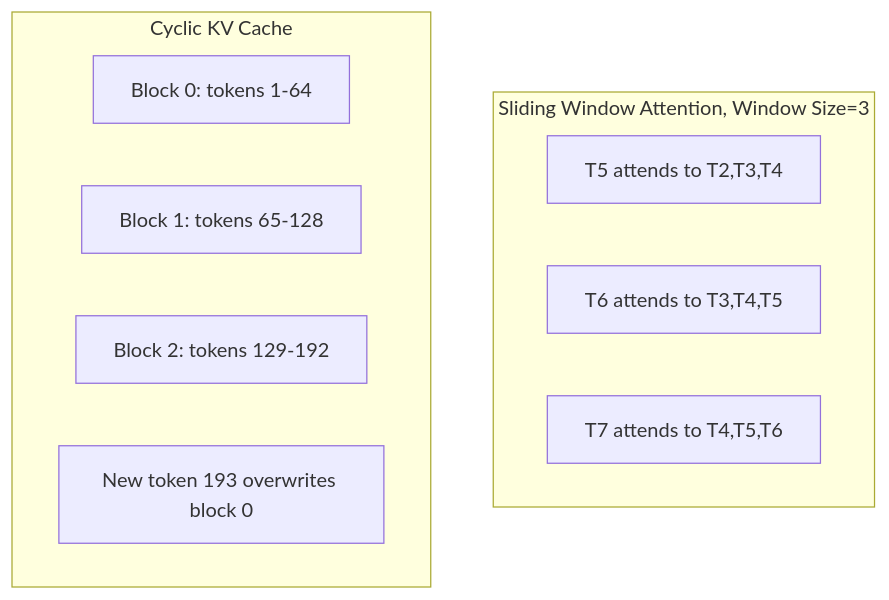
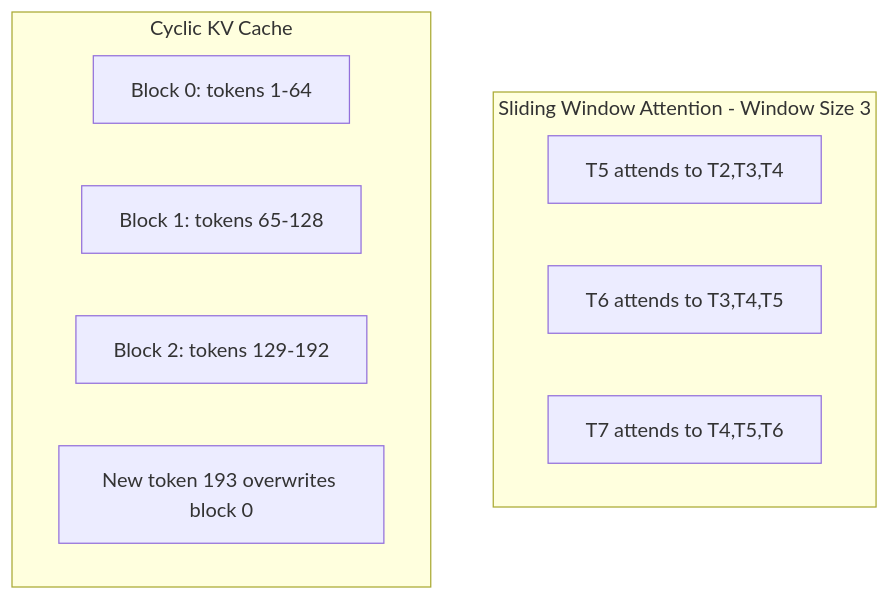
Before and after one commit to Shahriarin2garden/vllm_from_scratch: diagram 31 of 37 in lab0.2/lab02.md, drawn with Mermaid. The commit also changed other lines of this file and 2 other files, not shown here.

Commit message:
Refactor diagrams in README.md and lab0.2final.md for clarity and consistency

````diff
--- a/lab0.2/lab02.md
+++ b/lab0.2/lab02.md
@@ -1141,15 +1141,15 @@
 ```mermaid
 graph TD
-    subgraph SlidingWindow[Sliding Window Attention, Window Size=3]
+    subgraph SlidingWindow[Sliding Window Attention - Window Size 3]
         W1[T5 attends to T2,T3,T4]
         W2[T6 attends to T3,T4,T5]
         W3[T7 attends to T4,T5,T6]
     end
 
     subgraph CyclicKV[Cyclic KV Cache]
         B0[Block 0: tokens 1-64]
         B1[Block 1: tokens 65-128]
         B2[Block 2: tokens 129-192]
         New[New token 193 overwrites block 0]
     end
 ```
````
